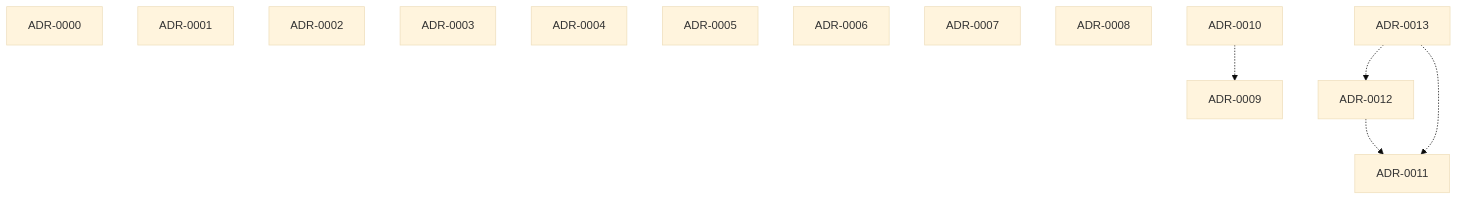
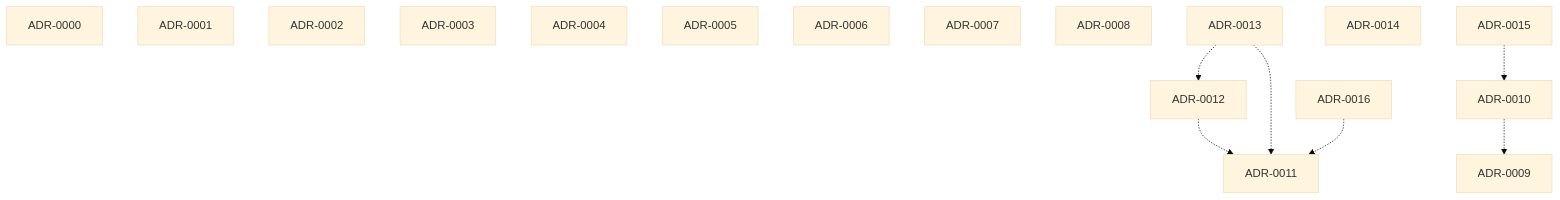
Before and after one commit to omnitech-solutions/omnitech-interview-answers-generator: the diagram in bionic/adrs/lineage.md, drawn with Mermaid (base theme). The commit also changed other lines of this file and 52 other files, not shown here.

````diff
--- a/bionic/adrs/lineage.md
+++ b/bionic/adrs/lineage.md
@@ -9,21 +9,26 @@
 ```mermaid
 graph TD
   ADR_0000["ADR-0000"]
   ADR_0001["ADR-0001"]
   ADR_0002["ADR-0002"]
   ADR_0003["ADR-0003"]
   ADR_0004["ADR-0004"]
   ADR_0005["ADR-0005"]
   ADR_0006["ADR-0006"]
   ADR_0007["ADR-0007"]
   ADR_0008["ADR-0008"]
   ADR_0009["ADR-0009"]
   ADR_0010["ADR-0010"]
   ADR_0011["ADR-0011"]
   ADR_0012["ADR-0012"]
   ADR_0013["ADR-0013"]
+  ADR_0014["ADR-0014"]
+  ADR_0015["ADR-0015"]
+  ADR_0016["ADR-0016"]
   ADR_0010 -.-> ADR_0009
   ADR_0012 -.-> ADR_0011
   ADR_0013 -.-> ADR_0011
   ADR_0013 -.-> ADR_0012
+  ADR_0015 -.-> ADR_0010
+  ADR_0016 -.-> ADR_0011
 ```
````
